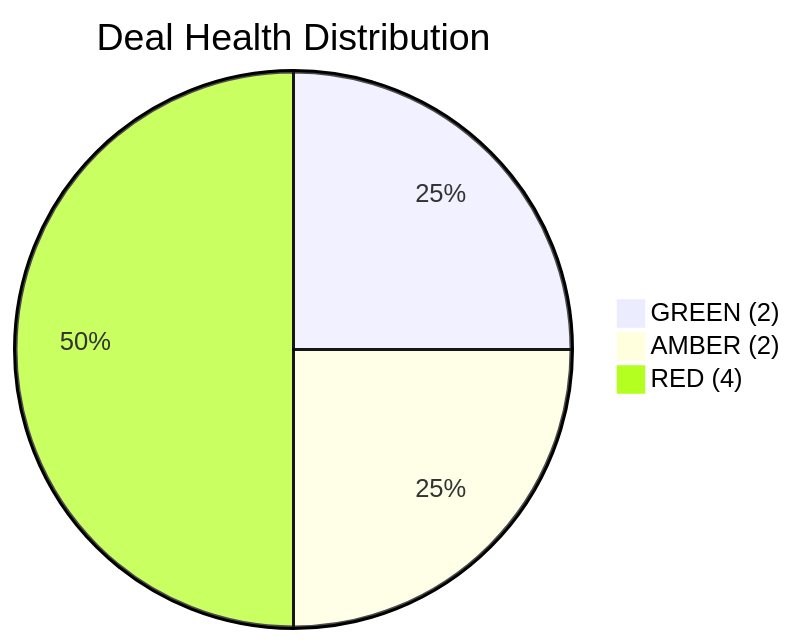
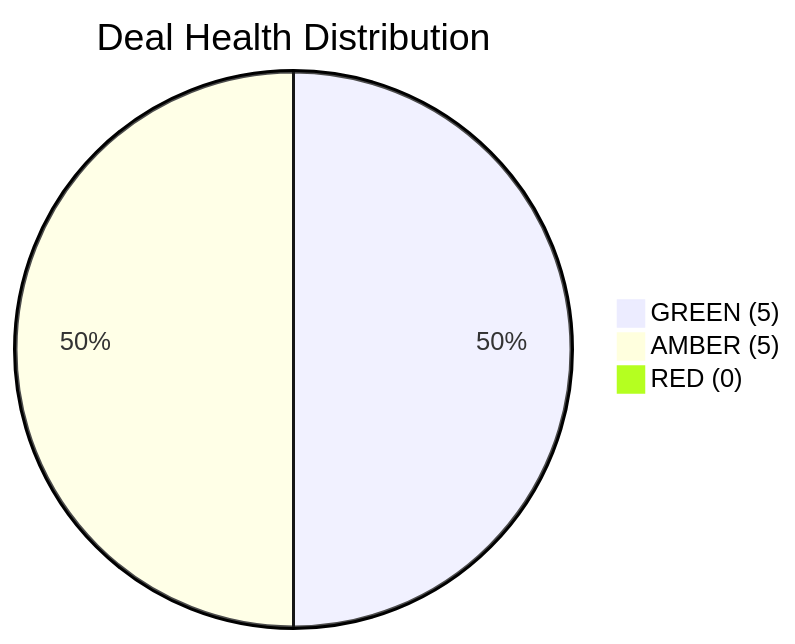
The third of 10 diagrams in README.md (unykornai/optkas-bank-vi), drawn with Mermaid before and after one commit. The commit also changed other lines of this file, not shown here.

Commit message:
README: Full update through Phase 12  653 tests, 43 commands, 40 modules, 0 RED gates, briefing pack instructions for funding group

````diff
--- a/README.md
+++ b/README.md
@@ -353,6 +498,6 @@
 ```mermaid
 pie title Deal Health Distribution
-    "GREEN (2)" : 2
-    "AMBER (2)" : 2
-    "RED (4)" : 4
+    "GREEN (5)" : 5
+    "AMBER (5)" : 5
+    "RED (0)" : 0
 ```
````
